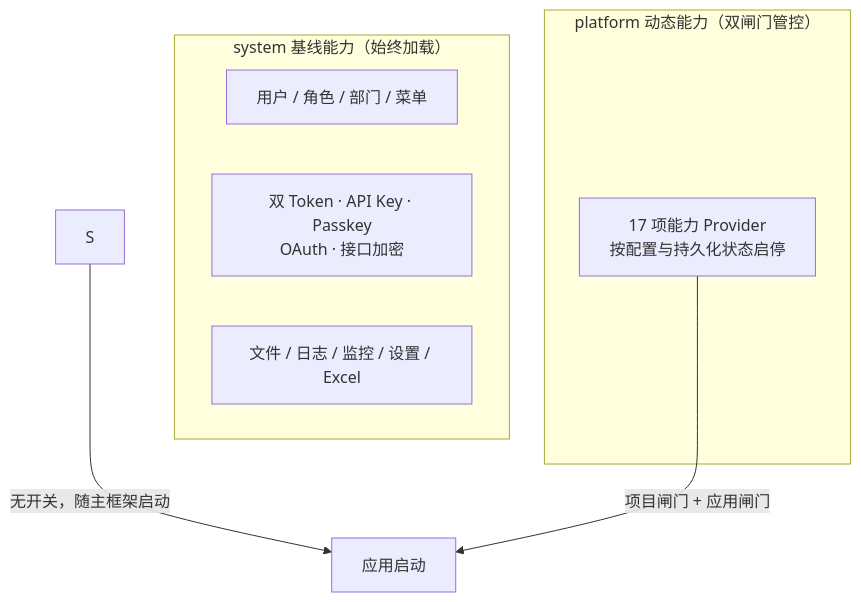
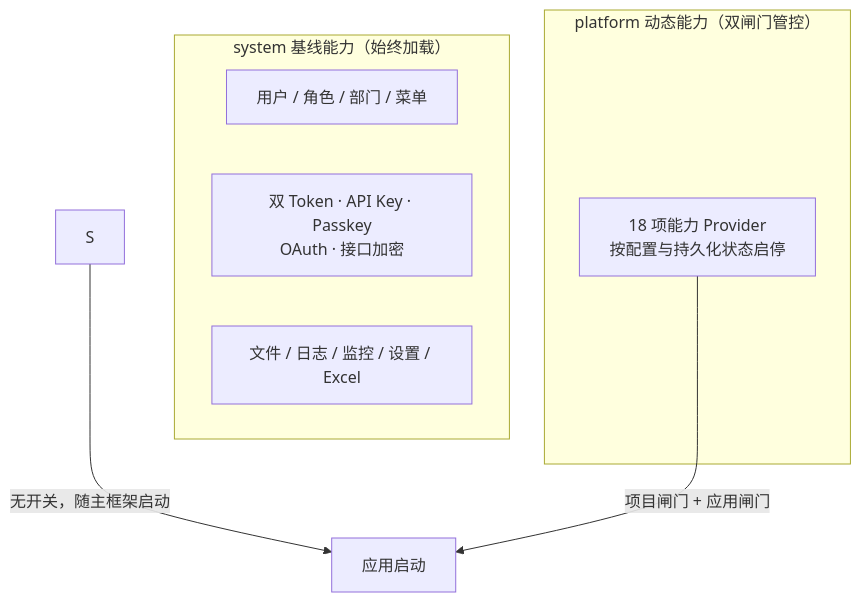
One commit to mcyudream/YuDream-Admin changed the diagram in yd-docs/docs/features/index.md. Above: the diagram before and after it, drawn with Mermaid. The commit also changed other lines of this file and 13 other files, not shown here.

````diff
--- a/yd-docs/docs/features/index.md
+++ b/yd-docs/docs/features/index.md
@@ -31,13 +32,13 @@
 ```mermaid
 flowchart TB
     subgraph System["system 基线能力（始终加载）"]
         S1["用户 / 角色 / 部门 / 菜单"]
         S2["双 Token · API Key · Passkey<br/>OAuth · 接口加密"]
         S3["文件 / 日志 / 监控 / 设置 / Excel"]
     end
     subgraph Platform["platform 动态能力（双闸门管控）"]
-        P["17 项能力 Provider<br/>按配置与持久化状态启停"]
+        P["18 项能力 Provider<br/>按配置与持久化状态启停"]
     end
     S -->|"无开关，随主框架启动"| Boot[应用启动]
     P -->|"项目闸门 + 应用闸门"| Boot
 ```
````
